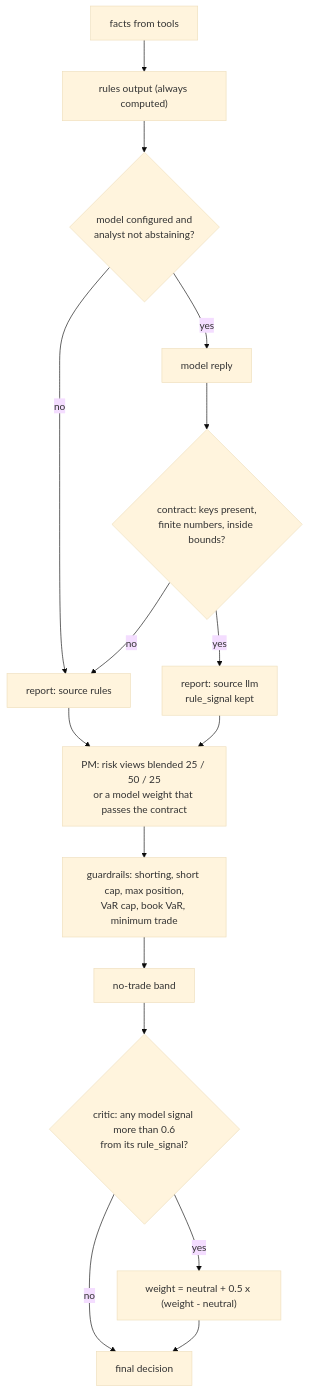
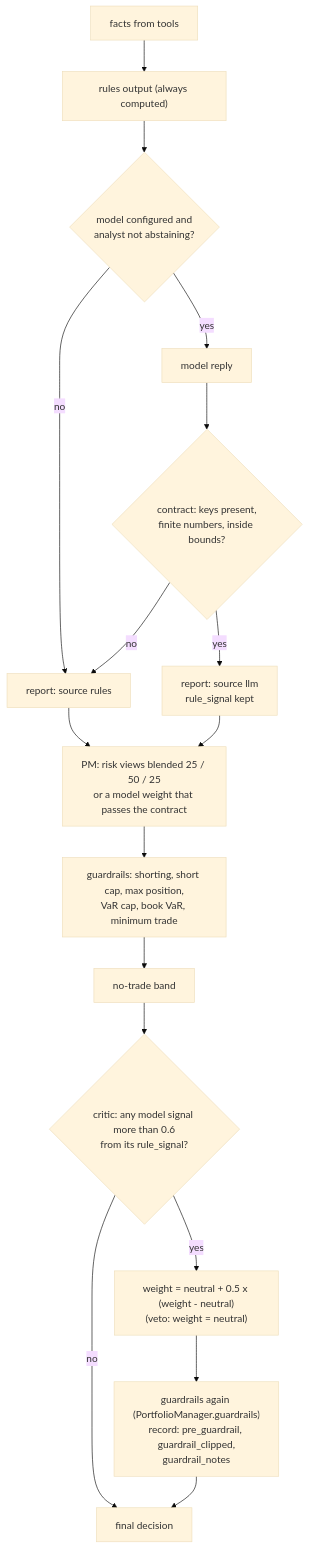
Before and after one commit to AshJha0/agentic-trader: diagram 41 of 45 in docs/DIAGRAMS.md, drawn with Mermaid (base theme). The commit also changed other lines of this file and 1 other file, not shown here.

Commit message:
Diagrams: the critic's moved weight goes through the guardrails again (4, 6, 15, 41, architecture)

````diff
--- a/docs/DIAGRAMS.md
+++ b/docs/DIAGRAMS.md
@@ -1065,18 +1070,19 @@
 ```mermaid
 flowchart TD
     F["facts from tools"] --> R["rules output (always computed)"]
     R --> Q{"model configured and<br/>analyst not abstaining?"}
     Q -- no --> RU["report: source rules"]
     Q -- yes --> M["model reply"]
     M --> C{"contract: keys present,<br/>finite numbers, inside bounds?"}
     C -- no --> RU
     C -- yes --> LL["report: source llm<br/>rule_signal kept"]
     RU --> PM["PM: risk views blended 25 / 50 / 25<br/>or a model weight that passes the contract"]
     LL --> PM
     PM --> G["guardrails: shorting, short cap, max position,<br/>VaR cap, book VaR, minimum trade"]
     G --> B["no-trade band"]
     B --> CR{"critic: any model signal more than 0.6<br/>from its rule_signal?"}
-    CR -- yes --> S["weight = neutral + 0.5 x (weight - neutral)"]
+    CR -- yes --> S["weight = neutral + 0.5 x (weight - neutral)<br/>(veto: weight = neutral)"]
     CR -- no --> D["final decision"]
-    S --> D
+    S --> G2["guardrails again (PortfolioManager.guardrails)<br/>record: pre_guardrail, guardrail_clipped,<br/>guardrail_notes"]
+    G2 --> D
 ```
````
